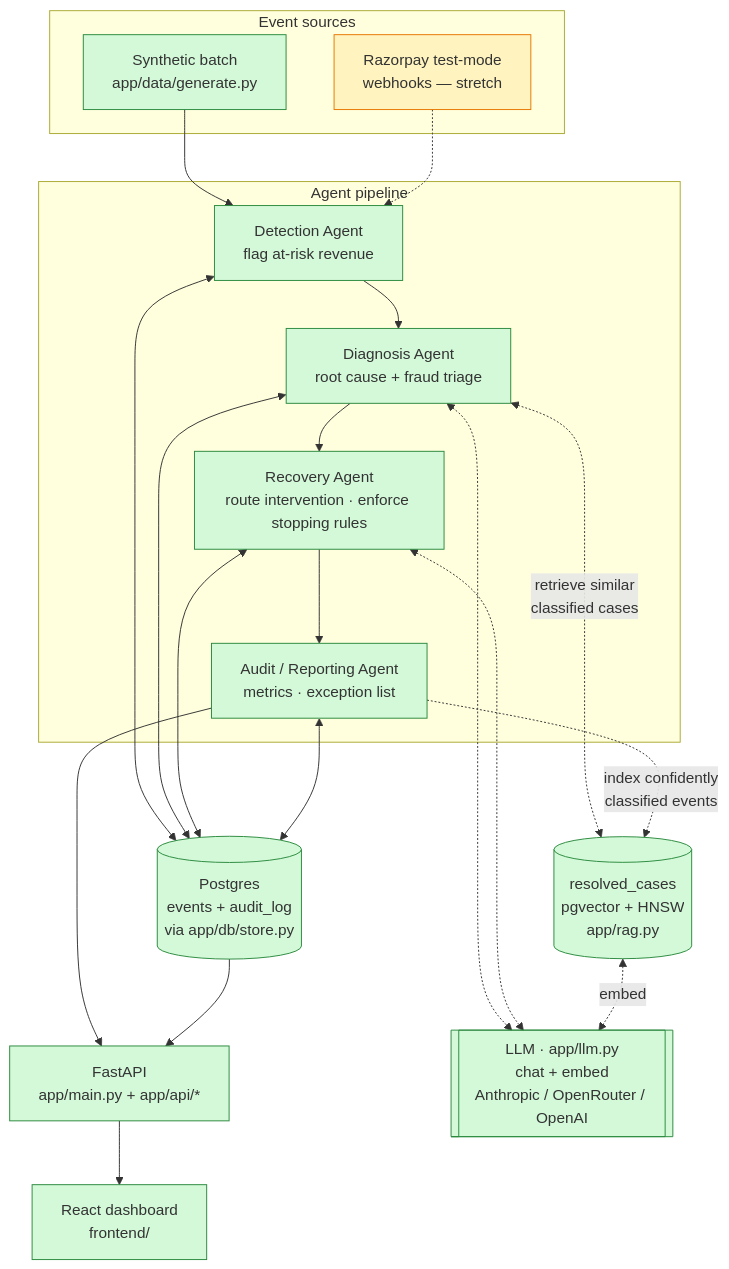
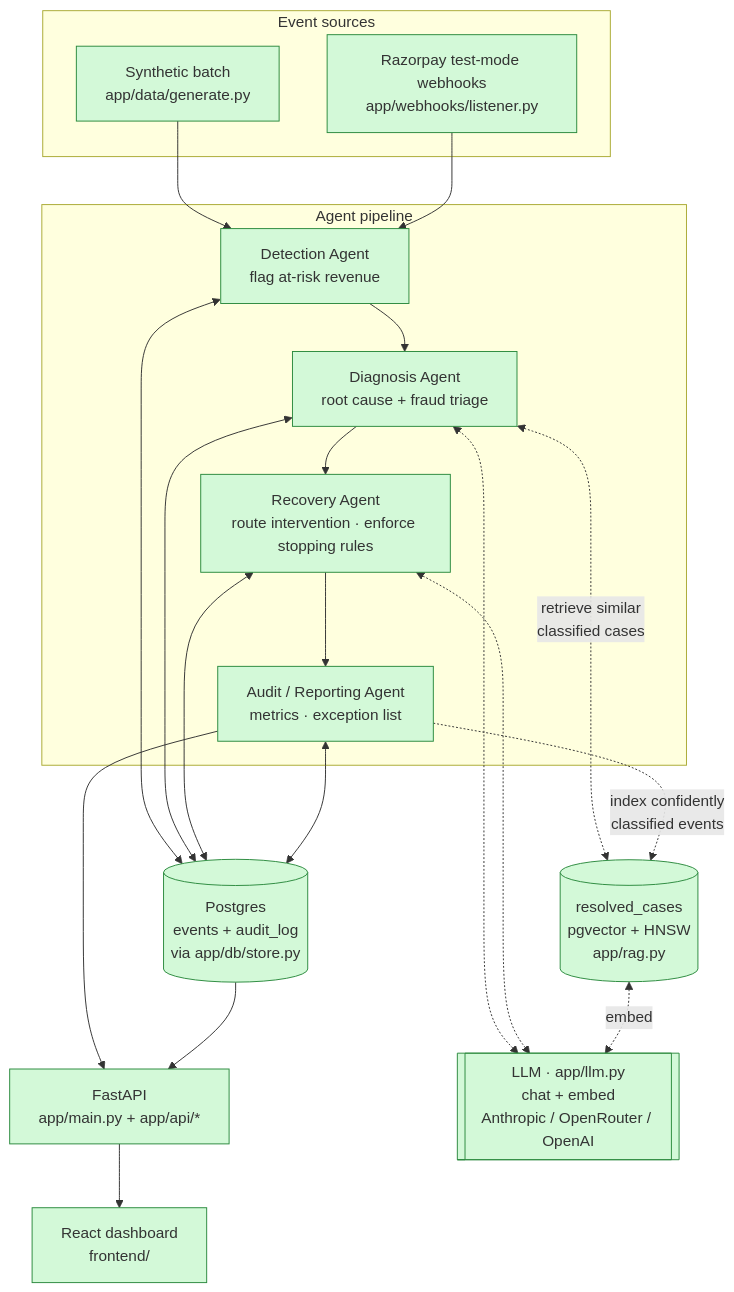
One commit to Skeletor-Pirate/AI-Revenue-Recovery changed the first of 5 diagrams in architecture.md. Above: the diagram before and after it, drawn with Mermaid. The commit also changed other lines of this file and 10 other files, not shown here.

First line of the commit message:
Razorpay test-mode webhook listener (plan.md §9 step 9)

````diff
--- a/architecture.md
+++ b/architecture.md
@@ -41,42 +44,41 @@
 ```mermaid
 flowchart TD
     subgraph sources [Event sources]
         SYN[Synthetic batch<br/>app/data/generate.py]
-        WH[Razorpay test-mode<br/>webhooks — stretch]
+        WH[Razorpay test-mode webhooks<br/>app/webhooks/listener.py]
     end
 
     SYN --> DET
-    WH -.-> DET
+    WH --> DET
 
     subgraph agents [Agent pipeline]
         DET[Detection Agent<br/>flag at-risk revenue]
         DIA[Diagnosis Agent<br/>root cause + fraud triage]
         REC[Recovery Agent<br/>route intervention · enforce stopping rules]
         AUD[Audit / Reporting Agent<br/>metrics · exception list]
         DET --> DIA --> REC --> AUD
     end
 
     DET <--> STORE
     DIA <--> STORE
     REC <--> STORE
     AUD <--> STORE
 
     STORE[(Postgres<br/>events + audit_log<br/>via app/db/store.py)]
 
     AUD --> API
     STORE --> API
     API[FastAPI<br/>app/main.py + app/api/*] --> UI[React dashboard<br/>frontend/]
 
     DIA <-.->|"retrieve similar<br/>classified cases"| RAG
     AUD -.->|"index confidently<br/>classified events"| RAG
     RAG[(resolved_cases<br/>pgvector + HNSW<br/>app/rag.py)]
     LLM[["LLM · app/llm.py<br/>chat + embed<br/>Anthropic / OpenRouter / OpenAI"]]
     DIA <-.-> LLM
     REC <-.-> LLM
     RAG <-.->|embed| LLM
 
     classDef done fill:#d3f9d8,stroke:#2b8a3e;
     classDef todo fill:#fff3bf,stroke:#e67700;
-    class SYN,STORE,DET,DIA,REC,AUD,API,UI,RAG,LLM done;
-    class WH todo;
+    class SYN,STORE,DET,DIA,REC,AUD,API,UI,RAG,LLM,WH done;
 ```
````
